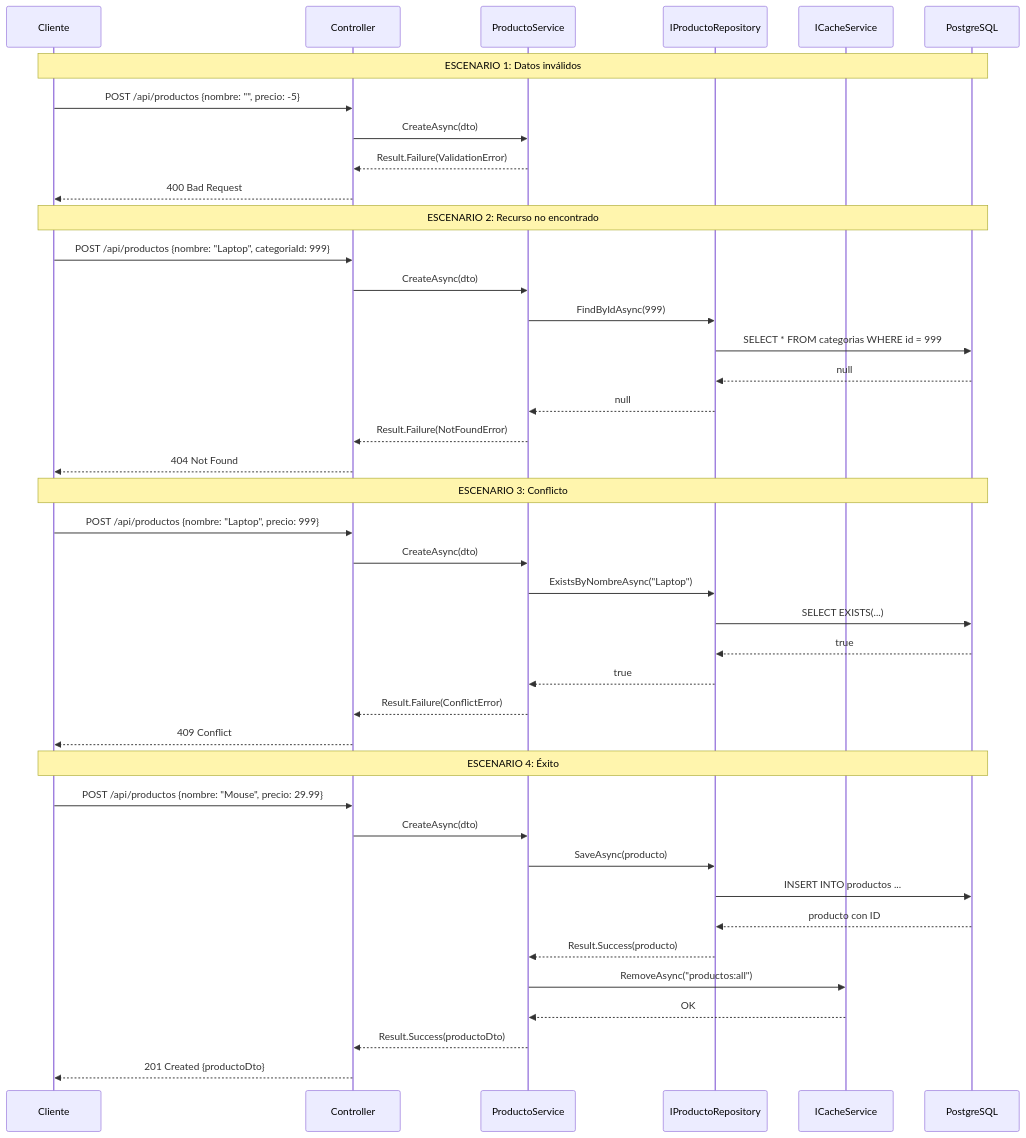
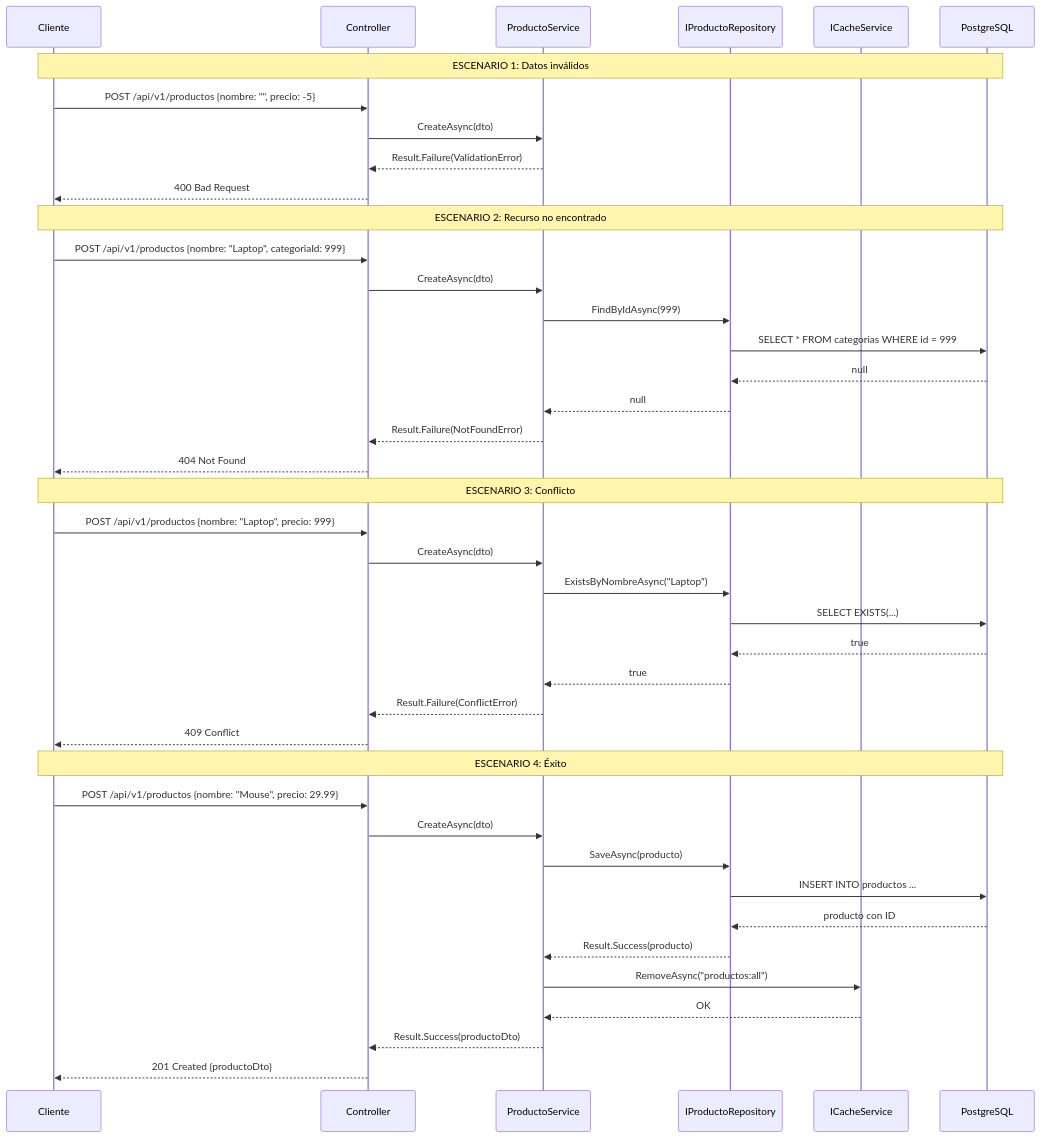
Before and after one commit to joseluisgs/TiendaDawApi-NetCore: the first of 9 diagrams in doc/11-patron-result.md, drawn with Mermaid. The commit also changed other lines of this file and 237 other files, not shown here.

````diff
--- a/doc/11-patron-result.md
+++ b/doc/11-patron-result.md
@@ -110,47 +110,47 @@
 ```mermaid
 sequenceDiagram
     participant Client as Cliente
     participant Ctrl as Controller
     participant Svc as ProductoService
     participant Repo as IProductoRepository
     participant Cache as ICacheService
     participant DB as PostgreSQL
 
     Note over Client,DB: ESCENARIO 1: Datos inválidos
-    Client->>Ctrl: POST /api/productos {nombre: "", precio: -5}
+    Client->>Ctrl: POST /api/v1/productos {nombre: "", precio: -5}
     Ctrl->>Svc: CreateAsync(dto)
     Svc-->>Ctrl: Result.Failure(ValidationError)
     Ctrl-->>Client: 400 Bad Request
 
     Note over Client,DB: ESCENARIO 2: Recurso no encontrado
-    Client->>Ctrl: POST /api/productos {nombre: "Laptop", categoriaId: 999}
+    Client->>Ctrl: POST /api/v1/productos {nombre: "Laptop", categoriaId: 999}
     Ctrl->>Svc: CreateAsync(dto)
     Svc->>Repo: FindByIdAsync(999)
     Repo->>DB: SELECT * FROM categorias WHERE id = 999
     DB-->>Repo: null
     Repo-->>Svc: null
     Svc-->>Ctrl: Result.Failure(NotFoundError)
     Ctrl-->>Client: 404 Not Found
 
     Note over Client,DB: ESCENARIO 3: Conflicto
-    Client->>Ctrl: POST /api/productos {nombre: "Laptop", precio: 999}
+    Client->>Ctrl: POST /api/v1/productos {nombre: "Laptop", precio: 999}
     Ctrl->>Svc: CreateAsync(dto)
     Svc->>Repo: ExistsByNombreAsync("Laptop")
     Repo->>DB: SELECT EXISTS(...)
     DB-->>Repo: true
     Repo-->>Svc: true
     Svc-->>Ctrl: Result.Failure(ConflictError)
     Ctrl-->>Client: 409 Conflict
 
     Note over Client,DB: ESCENARIO 4: Éxito
-    Client->>Ctrl: POST /api/productos {nombre: "Mouse", precio: 29.99}
+    Client->>Ctrl: POST /api/v1/productos {nombre: "Mouse", precio: 29.99}
     Ctrl->>Svc: CreateAsync(dto)
     Svc->>Repo: SaveAsync(producto)
     Repo->>DB: INSERT INTO productos ...
     DB-->>Repo: producto con ID
     Repo-->>Svc: Result.Success(producto)
     Svc->>Cache: RemoveAsync("productos:all")
     Cache-->>Svc: OK
     Svc-->>Ctrl: Result.Success(productoDto)
     Ctrl-->>Client: 201 Created {productoDto}
 ```
````
